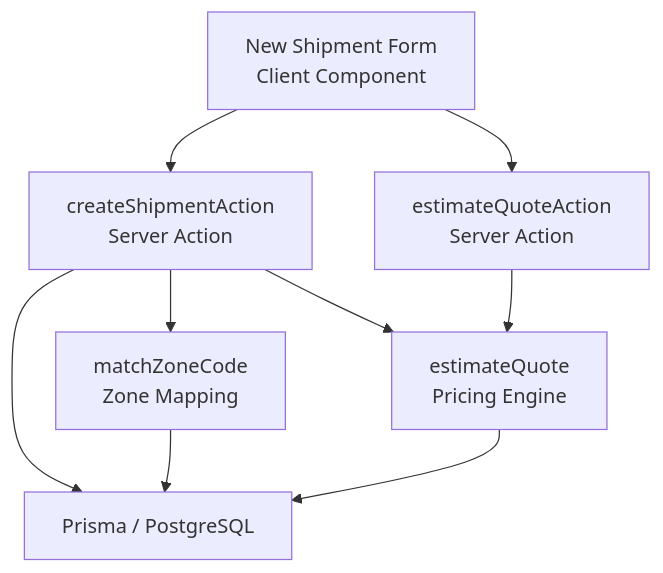
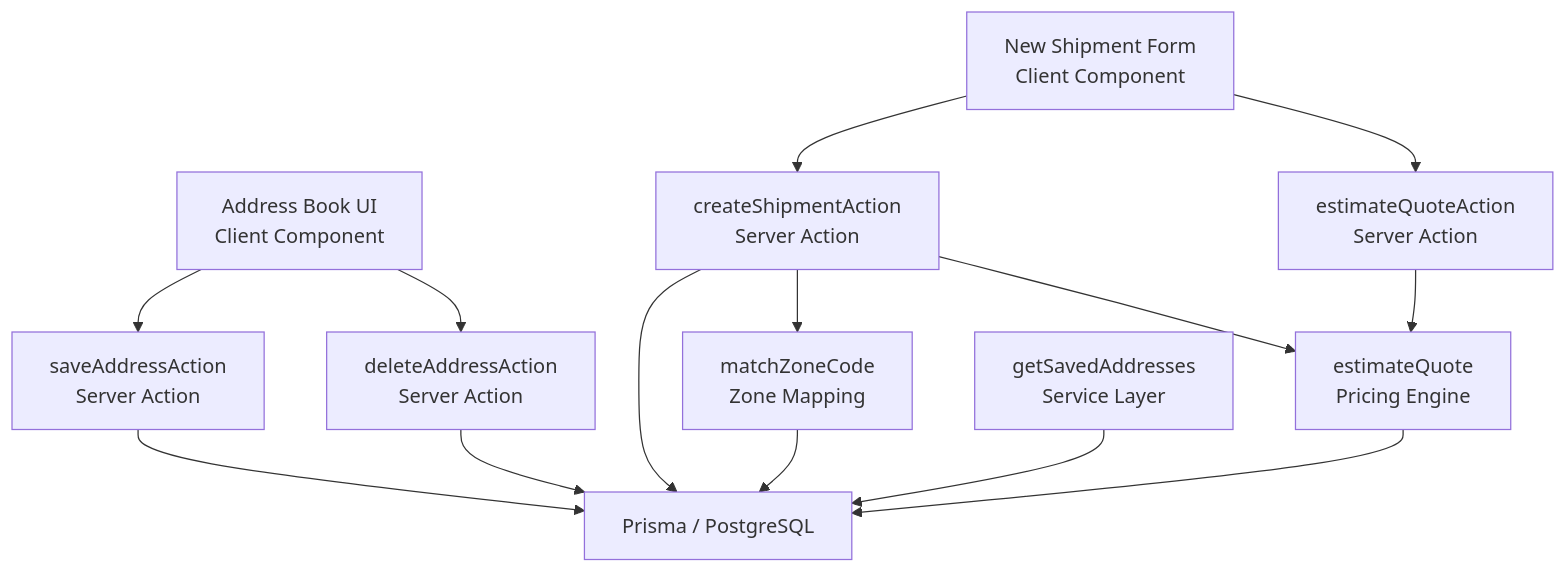
One commit to gyamposudodzi/Timberland changed the first of 13 diagrams in .qoder/repowiki/en/content/Shipment Management/Address Management.md. Above: the diagram before and after it, drawn with Mermaid. The commit also changed other lines of this file and 48 other files, not shown here.

First line of the commit message:
feat(testing): expand E2E test coverage with new user flows and dashboard features

````diff
--- a/.qoder/repowiki/en/content/Shipment Management/Address Management.md
+++ b/.qoder/repowiki/en/content/Shipment Management/Address Management.md
@@ -37,11 +55,16 @@
 ```mermaid
 graph TB
-UI["New Shipment Form<br/>Client Component"] --> SA["createShipmentAction<br/>Server Action"]
-UI --> QA["estimateQuoteAction<br/>Server Action"]
-SA --> DB["Prisma / PostgreSQL"]
+UI["Address Book UI<br/>Client Component"] --> AA["saveAddressAction<br/>Server Action"]
+UI --> DA["deleteAddressAction<br/>Server Action"]
+UI2["New Shipment Form<br/>Client Component"] --> SA["createShipmentAction<br/>Server Action"]
+UI2 --> QA["estimateQuoteAction<br/>Server Action"]
+AA --> DB["Prisma / PostgreSQL"]
+DA --> DB
+SA --> DB
 SA --> ZONES["matchZoneCode<br/>Zone Mapping"]
 SA --> RATING["estimateQuote<br/>Pricing Engine"]
 QA --> RATING
 RATING --> DB
 ZONES --> DB
+AS["getSavedAddresses<br/>Service Layer"] --> DB
 ```
````
